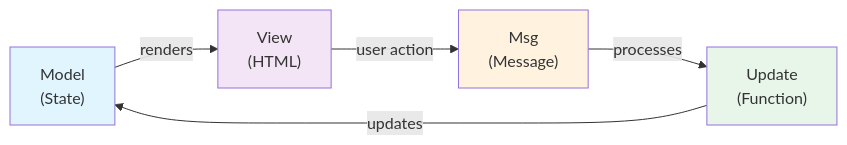
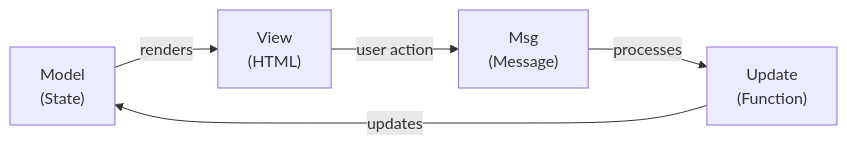
Before and after one commit to maxneo4/SelfLearning: the diagram in docs/elm/mvu-architecture.md, drawn with Mermaid.

Commit message:
try fix mermaid diagram

````diff
--- a/docs/elm/mvu-architecture.md
+++ b/docs/elm/mvu-architecture.md
@@ -95,11 +95,12 @@
 ```mermaid
 graph LR
-    A["Model<br/>(State)"] -->|renders| B["View<br/>(HTML)"]
-    B -->|user action| C["Msg<br/>(Message)"]
-    C -->|processes| D["Update<br/>(Function)"]
+    A["Model<br/>(State)"]
+    B["View<br/>(HTML)"]
+    C["Msg<br/>(Message)"]
+    D["Update<br/>(Function)"]
+
+    A -->|renders| B
+    B -->|user action| C
+    C -->|processes| D
     D -->|updates| A
-    style A fill:#e1f5ff
-    style B fill:#f3e5f5
-    style C fill:#fff3e0
-    style D fill:#e8f5e9
 ```
````
